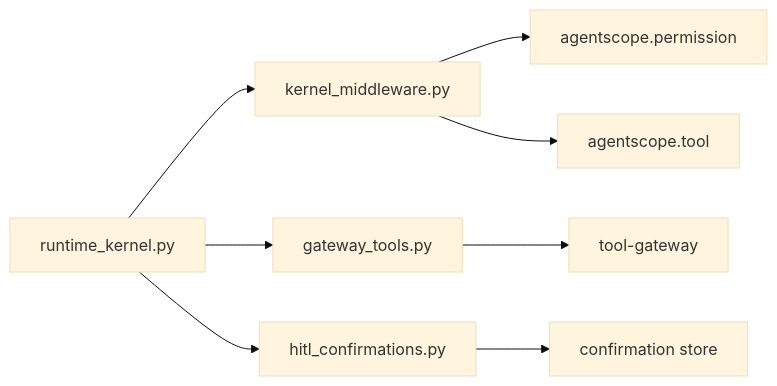
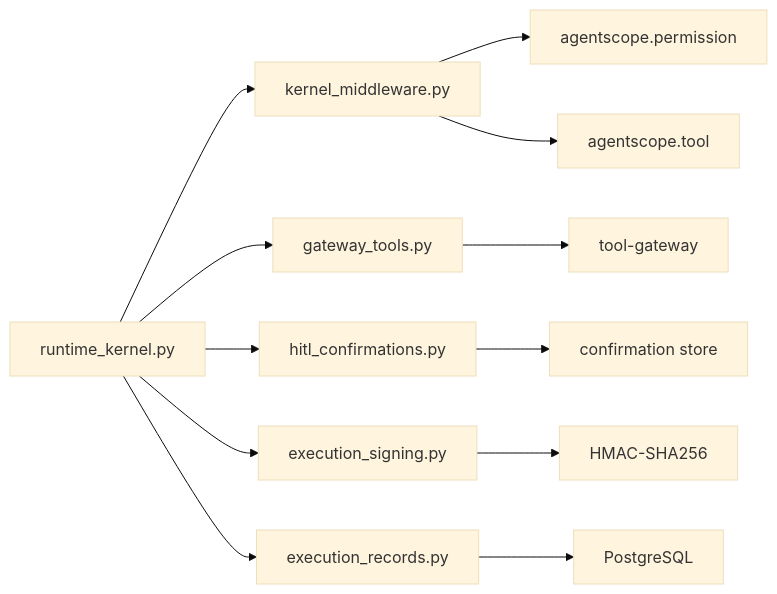
One commit to metasync/luban-aiops changed the eighth of 8 diagrams in .qoder/repowiki/en/content/Architecture Documentation/Execution Runtime Spike.md. Above: the diagram before and after it, drawn with Mermaid (base theme). The commit also changed other lines of this file and 4 other files, not shown here.

````diff
--- a/.qoder/repowiki/en/content/Architecture Documentation/Execution Runtime Spike.md
+++ b/.qoder/repowiki/en/content/Architecture Documentation/Execution Runtime Spike.md
@@ -231,10 +293,14 @@
 ```mermaid
 graph LR
 RK["runtime_kernel.py"] --> MW["kernel_middleware.py"]
 RK --> GT["gateway_tools.py"]
 RK --> HC["hitl_confirmations.py"]
+RK --> ES["execution_signing.py"]
+RK --> ER["execution_records.py"]
 MW --> AG["agentscope.permission"]
 MW --> AE["agentscope.tool"]
 GT --> TG["tool-gateway"]
 HC --> STORE["confirmation store"]
+ES --> CRYPTO["HMAC-SHA256"]
+ER --> DB["PostgreSQL"]
 ```
````
